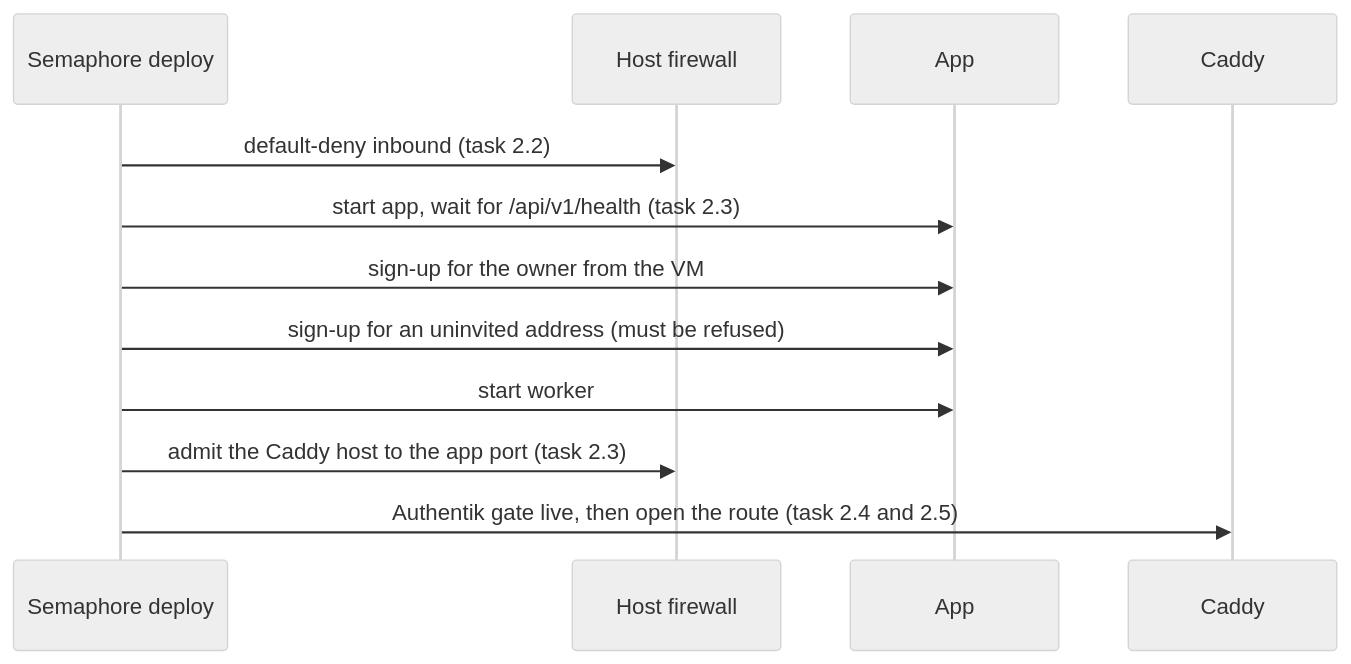
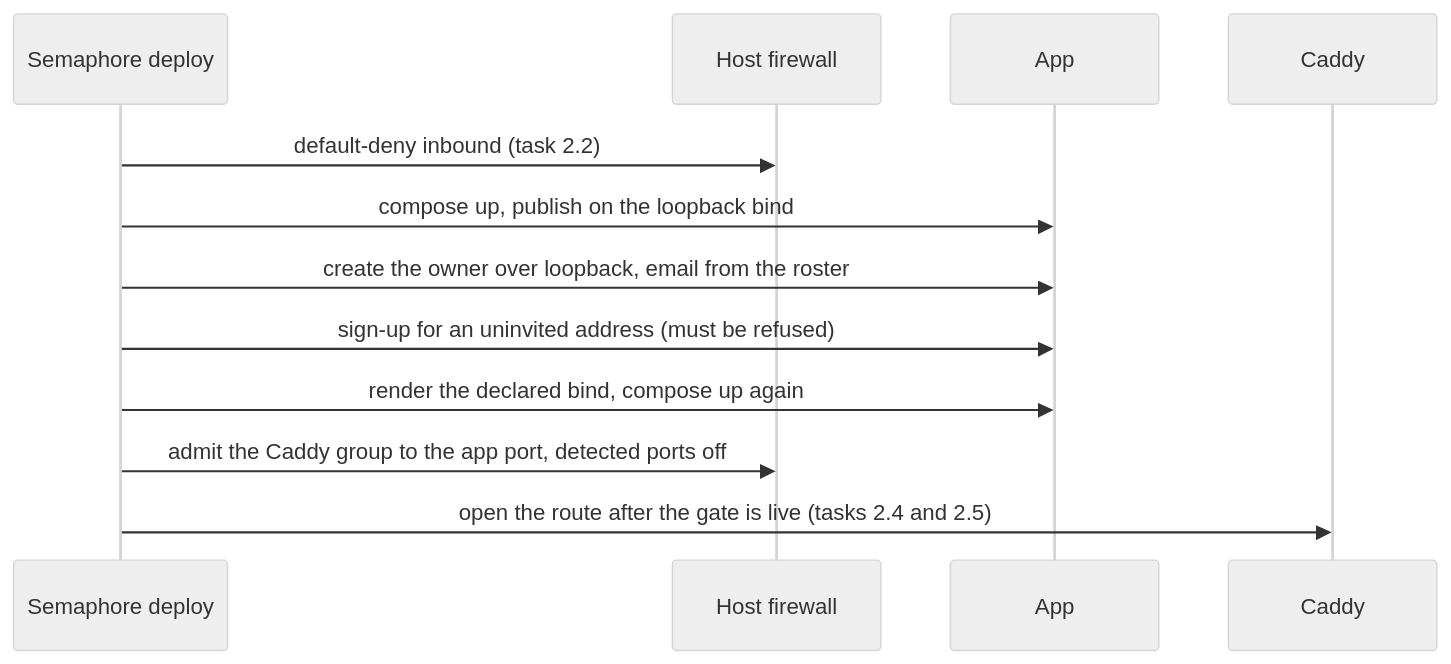
The second of 2 diagrams in plan/development/26-activepieces.md (uhstray-io/agent-cloud), drawn with Mermaid (neutral theme) before and after one commit. The commit also changed other lines of this file and 4 other files, not shown here.

````diff
--- a/plan/development/26-activepieces.md
+++ b/plan/development/26-activepieces.md
@@ -137,14 +139,14 @@
 ```mermaid
 sequenceDiagram
     participant S as Semaphore deploy
     participant F as Host firewall
     participant A as App
     participant C as Caddy
     S->>F: default-deny inbound (task 2.2)
-    S->>A: start app, wait for /api/v1/health (task 2.3)
-    S->>A: sign-up for the owner from the VM
+    S->>A: compose up, publish on the loopback bind
+    S->>A: create the owner over loopback, email from the roster
     S->>A: sign-up for an uninvited address (must be refused)
-    S->>A: start worker
-    S->>F: admit the Caddy host to the app port (task 2.3)
-    S->>C: Authentik gate live, then open the route (task 2.4 and 2.5)
+    S->>A: render the declared bind, compose up again
+    S->>F: admit the Caddy group to the app port, detected ports off
+    S->>C: open the route after the gate is live (tasks 2.4 and 2.5)
 ```
````
